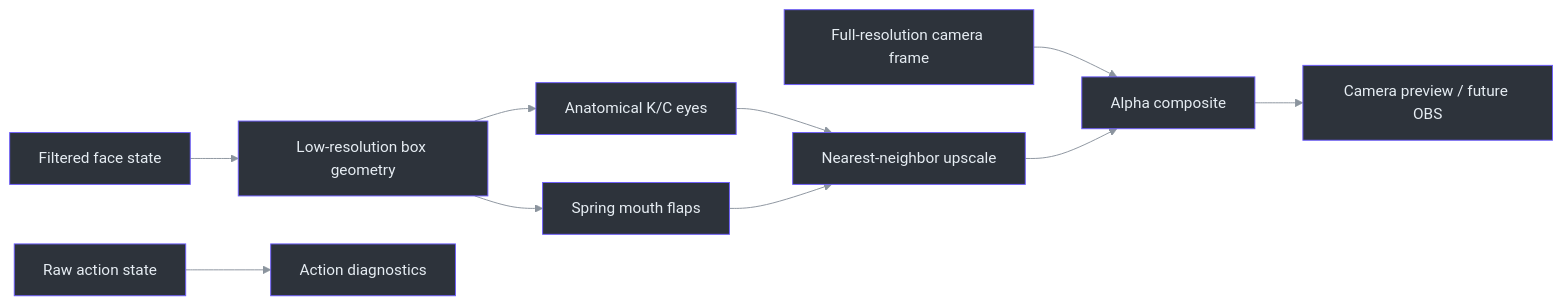
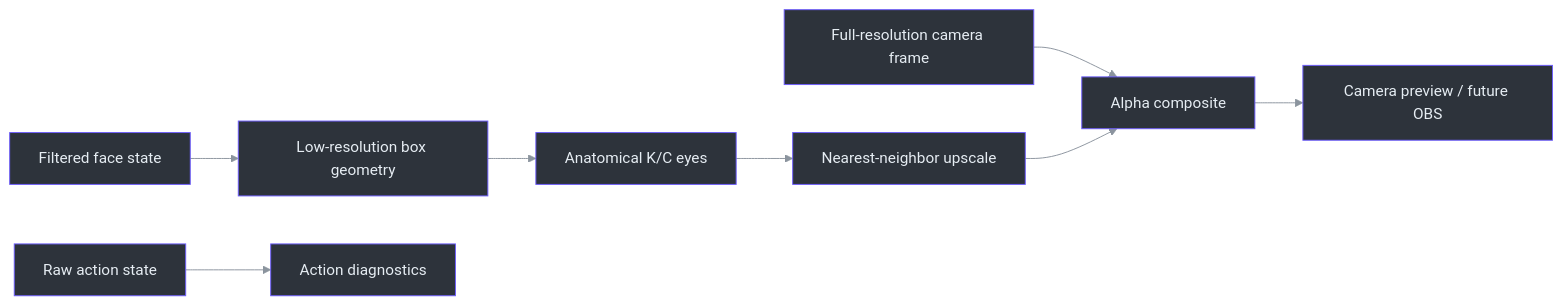
One commit to Zanark/KardboardCode-VTuber changed the first of 2 diagrams in docs/02-architecture/ps1-cardboard-renderer.md. Above: the diagram before and after it, drawn with Mermaid. The commit also changed other lines of this file and 5 other files, not shown here.

````diff
--- a/docs/02-architecture/ps1-cardboard-renderer.md
+++ b/docs/02-architecture/ps1-cardboard-renderer.md
@@ -24,13 +24,11 @@
 ```mermaid
 %%{init: {"theme": "base", "themeVariables": {"primaryColor": "#2d333b", "primaryBorderColor": "#6d5dfc", "primaryTextColor": "#e6edf3", "lineColor": "#8b949e", "secondaryColor": "#161b22", "tertiaryColor": "#2d333b"}}}%%
 flowchart LR
     Camera["Full-resolution camera frame"] --> Composite["Alpha composite"]
     Filtered["Filtered face state"] --> Geometry["Low-resolution box geometry"]
     Raw["Raw action state"] --> Labels["Action diagnostics"]
     Geometry --> Eyes["Anatomical K/C eyes"]
-    Geometry --> Flaps["Spring mouth flaps"]
     Eyes --> Upscale["Nearest-neighbor upscale"]
-    Flaps --> Upscale
     Upscale --> Composite
     Composite --> Preview["Camera preview / future OBS"]
 ```
````
